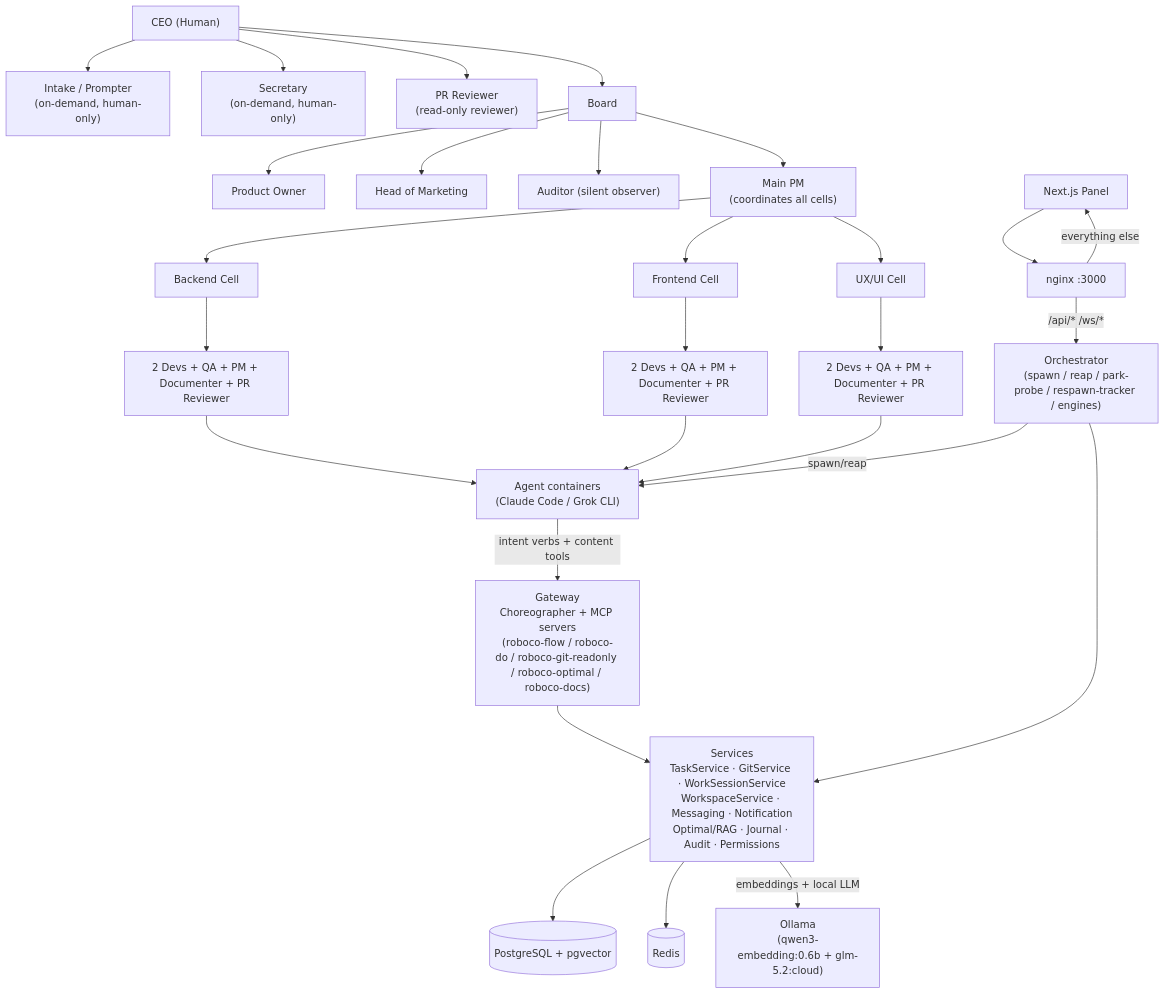
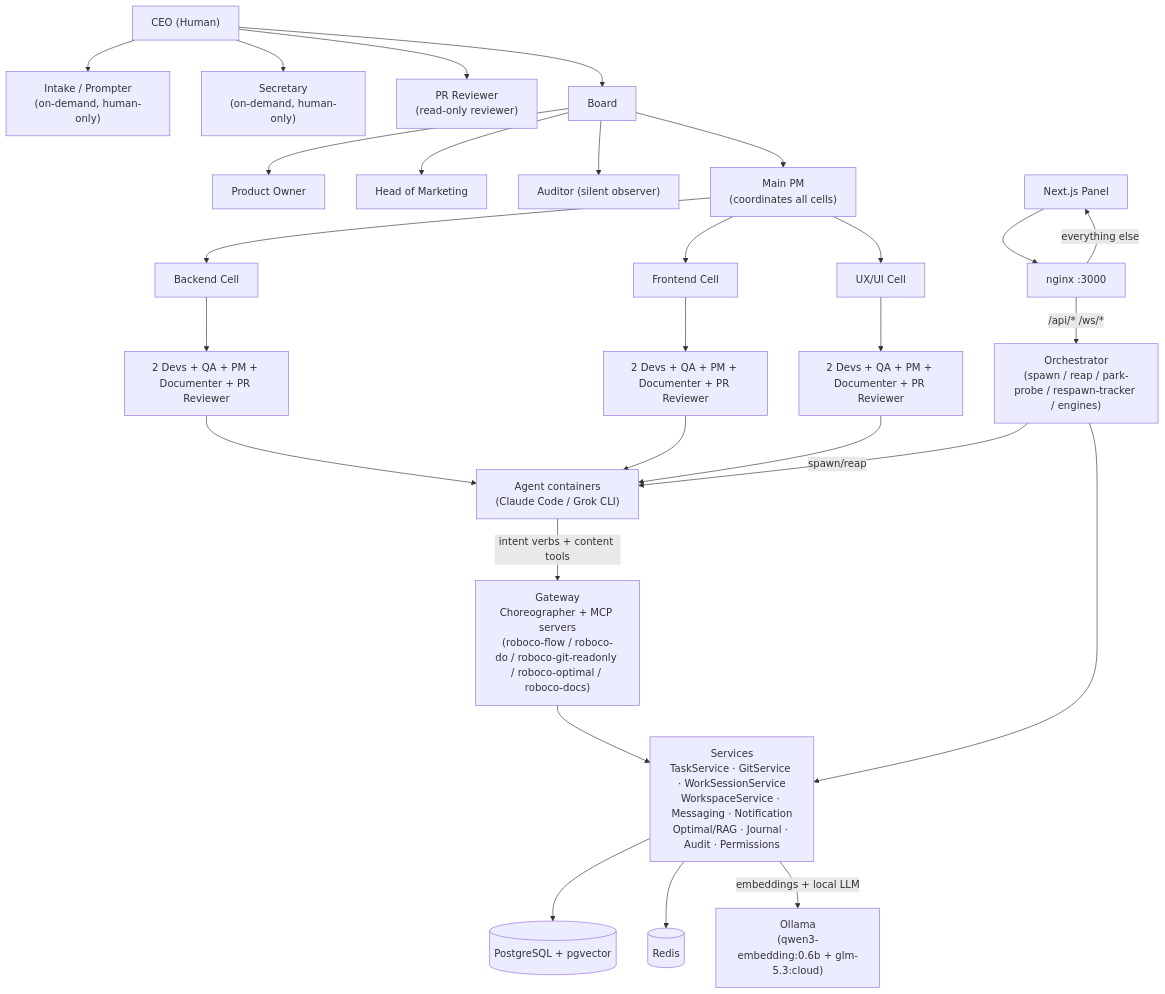
One commit to rennf93/roboco changed the first of 9 diagrams in docs/map/_front.md. Above: the diagram before and after it, drawn with Mermaid. The commit also changed other lines of this file and 26 other files, not shown here.

Commit message:
Upgrade to GLM 5.3 (Ollama)

````diff
--- a/docs/map/_front.md
+++ b/docs/map/_front.md
@@ -60,66 +60,66 @@
 ```mermaid
 graph TB
     CEO["CEO (Human)"]
     Intake["Intake / Prompter<br/>(on-demand, human-only)"]
     Sec["Secretary<br/>(on-demand, human-only)"]
     PRRev["PR Reviewer<br/>(read-only reviewer)"]
 
     Board["Board"]
     PO["Product Owner"]
     HM["Head of Marketing"]
     Aud["Auditor (silent observer)"]
 
     MainPM["Main PM<br/>(coordinates all cells)"]
 
     BE["Backend Cell"]
     FE["Frontend Cell"]
     UX["UX/UI Cell"]
 
     BEDev["2 Devs + QA + PM + Documenter + PR Reviewer"]
     FEDev["2 Devs + QA + PM + Documenter + PR Reviewer"]
     UXDev["2 Devs + QA + PM + Documenter + PR Reviewer"]
 
     CEO --> Intake
     CEO --> Sec
     CEO --> PRRev
     CEO --> Board
     Board --> PO
     Board --> HM
     Board --> Aud
     Board --> MainPM
     MainPM --> BE
     MainPM --> FE
     MainPM --> UX
     BE --> BEDev
     FE --> FEDev
     UX --> UXDev
 
     Agents["Agent containers<br/>(Claude Code / Grok CLI)"]
     BEDev --> Agents
     FEDev --> Agents
     UXDev --> Agents
 
     GW["Gateway<br/>Choreographer + MCP servers<br/>(roboco-flow / roboco-do / roboco-git-readonly / roboco-optimal / roboco-docs)"]
     Agents -->|intent verbs + content tools| GW
 
     Svcs["Services<br/>TaskService · GitService · WorkSessionService<br/>WorkspaceService · Messaging · Notification<br/>Optimal/RAG · Journal · Audit · Permissions"]
     GW --> Svcs
 
     PG[("PostgreSQL + pgvector")]
     Redis[("Redis")]
     Svcs --> PG
     Svcs --> Redis
 
     Orch["Orchestrator<br/>(spawn / reap / park-probe / respawn-tracker / engines)"]
     Orch -->|spawn/reap| Agents
     Orch --> Svcs
 
-    Ollama["Ollama<br/>(qwen3-embedding:0.6b + glm-5.2:cloud)"]
+    Ollama["Ollama<br/>(qwen3-embedding:0.6b + glm-5.3:cloud)"]
     Svcs -->|embeddings + local LLM| Ollama
 
     Panel["Next.js Panel"]
     Nginx["nginx :3000"]
     Panel --> Nginx
     Nginx -->|/api/* /ws/*| Orch
     Nginx -->|everything else| Panel
 ```
````
